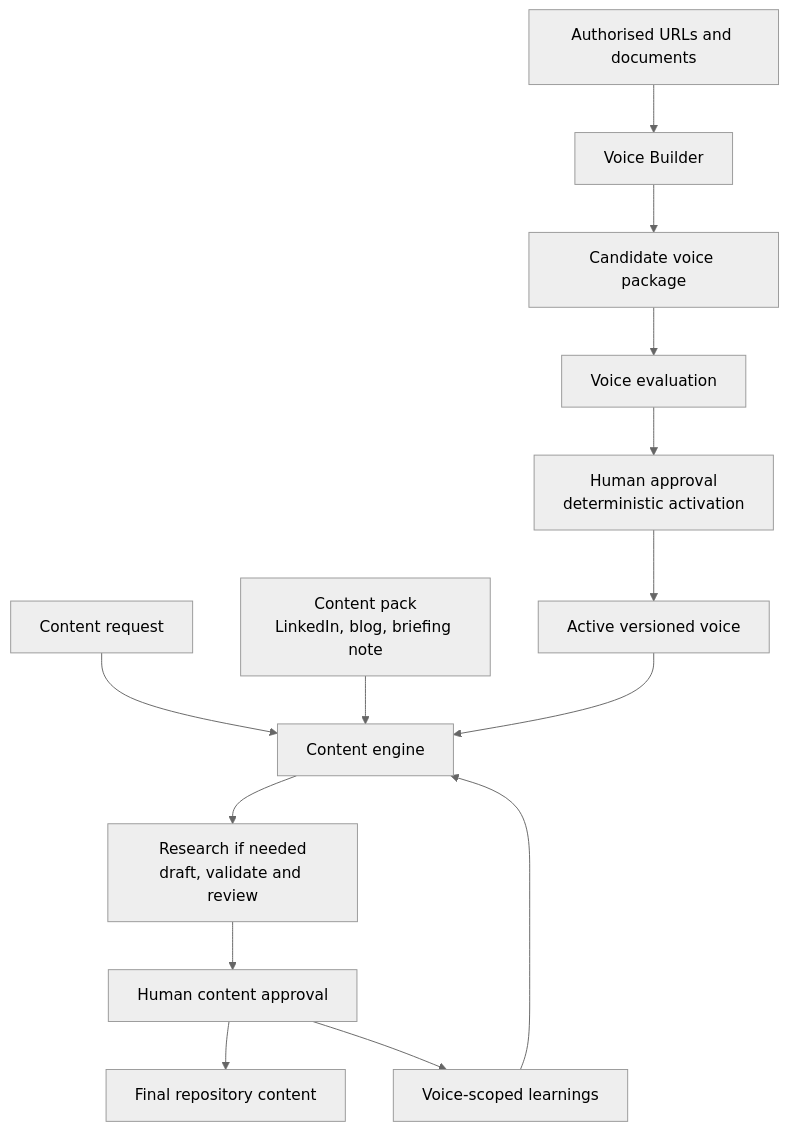
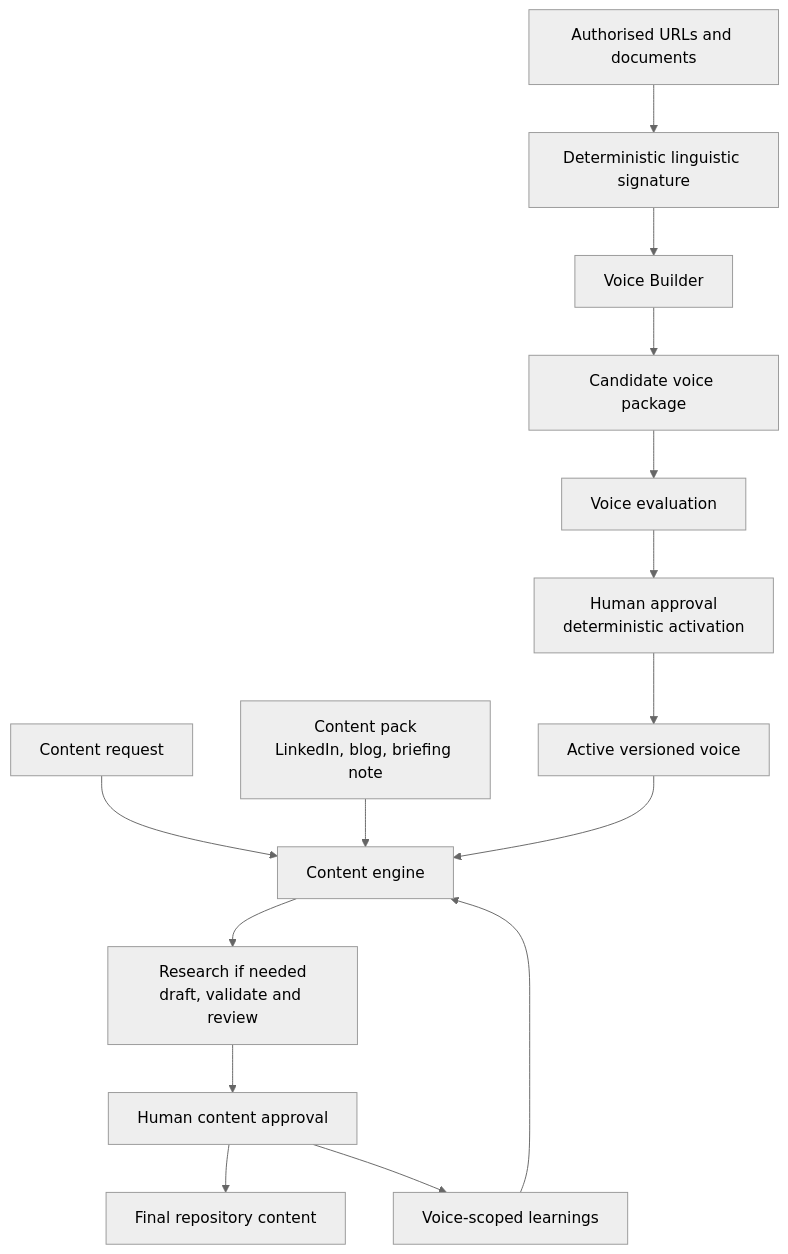
Before and after one commit to vadhoob90/Content_Creator_Core: the diagram in docs/work-package/README.md, drawn with Mermaid (neutral theme). The commit also changed other lines of this file and 6 other files, not shown here.

Commit message:
Update Core documentation and workflow diagrams (#26)

````diff
--- a/docs/work-package/README.md
+++ b/docs/work-package/README.md
@@ -66,17 +72,18 @@
 ```mermaid
 flowchart TD
-    S["Authorised URLs and documents"] --> VB["Voice Builder"]
+    S["Authorised URLs and documents"] --> LS["Deterministic linguistic signature"]
+    LS --> VB["Voice Builder"]
     VB --> VP["Candidate voice package"]
     VP --> EV["Voice evaluation"]
     EV --> AP["Human approval<br/>deterministic activation"]
     AP --> AV["Active versioned voice"]
 
     R["Content request"] --> CE["Content engine"]
     PK["Content pack<br/>LinkedIn, blog, briefing note"] --> CE
     AV --> CE
     CE --> WF["Research if needed<br/>draft, validate and review"]
     WF --> HR["Human content approval"]
     HR --> FC["Final repository content"]
     HR --> L["Voice-scoped learnings"]
     L --> CE
 ```
````
